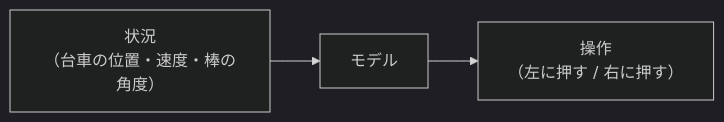
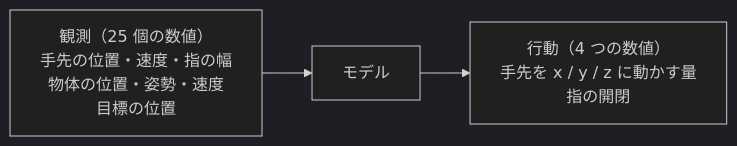
One commit to Otsugu/Azure-Machine-Learning-sample changed the first of 4 diagrams in 10.ImitationLearning/docs/01_模倣学習の基礎.md. Above: the diagram before and after it, drawn with Mermaid (dark theme). The commit also changed other lines of this file and 36 other files, not shown here.

````diff
--- a/10.ImitationLearning/docs/01_模倣学習の基礎.md
+++ b/10.ImitationLearning/docs/01_模倣学習の基礎.md
@@ -51,4 +54,4 @@
 ```mermaid
 flowchart LR
-    A["状況<br/>（台車の位置・速度・棒の角度）"] --> B["モデル"] --> C["操作<br/>（左に押す / 右に押す）"]
+    A["観測（25 個の数値）<br/>手先の位置・速度・指の幅<br/>物体の位置・姿勢・速度<br/>目標の位置"] --> B["モデル"] --> C["行動（4 つの数値）<br/>手先を x / y / z に動かす量<br/>指の開閉"]
 ```
````
